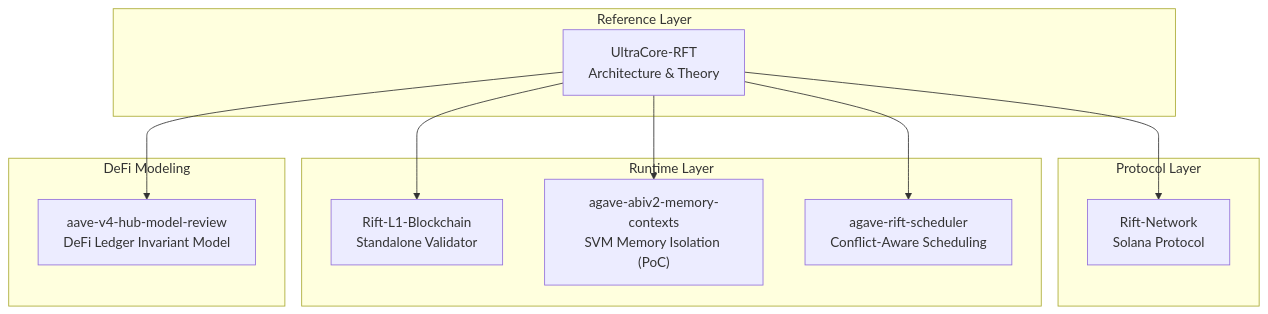
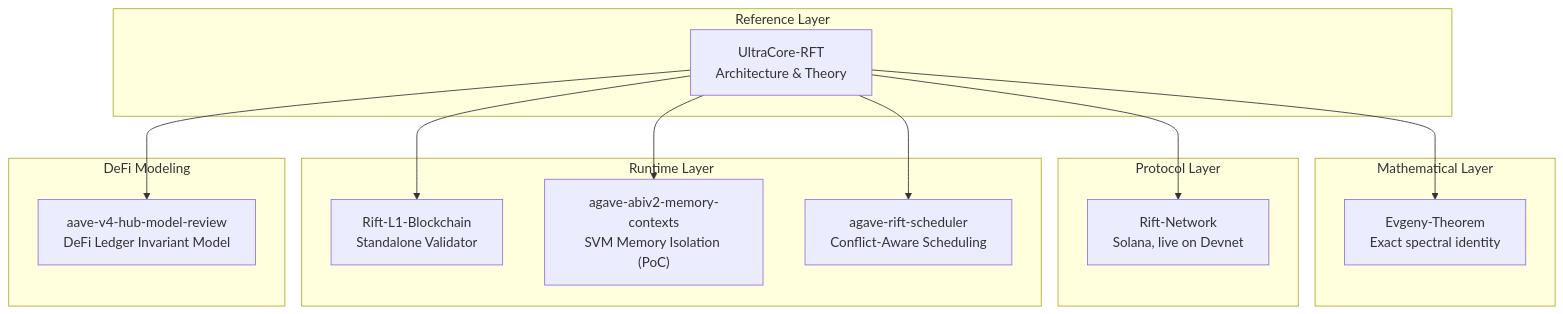
Before and after one commit to RFT-SIRM/UltraCore-RFT: the first of 3 diagrams in PITCH.md, drawn with Mermaid. The commit also changed other lines of this file, not shown here.

Commit message:
docs(pitch): rewrite around Evgeny's Theorem and live Rift-Network devnet; add claims register

````diff
--- a/PITCH.md
+++ b/PITCH.md
@@ -83,28 +238,33 @@
 ```mermaid
 flowchart TB
- subgraph L1["Protocol Layer"]
- RN["Rift-Network
-Solana Protocol"]
- end
- subgraph L2["Runtime Layer"]
- RL1["Rift-L1-Blockchain
+  subgraph M["Mathematical Layer"]
+    ET["Evgeny-Theorem
+Exact spectral identity"]
+  end
+  subgraph L1["Protocol Layer"]
+    RN["Rift-Network
+Solana, live on Devnet"]
+  end
+  subgraph L2["Runtime Layer"]
+    RL1["Rift-L1-Blockchain
 Standalone Validator"]
- MEM["agave-abiv2-memory-contexts
+    MEM["agave-abiv2-memory-contexts
 SVM Memory Isolation (PoC)"]
- SCHED["agave-rift-scheduler
+    SCHED["agave-rift-scheduler
 Conflict-Aware Scheduling"]
- end
- subgraph L3["Reference Layer"]
- UC["UltraCore-RFT
+  end
+  subgraph L3["Reference Layer"]
+    UC["UltraCore-RFT
 Architecture & Theory"]
- end
- subgraph L4["DeFi Modeling"]
- AAVE["aave-v4-hub-model-review
+  end
+  subgraph L4["DeFi Modeling"]
+    AAVE["aave-v4-hub-model-review
 DeFi Ledger Invariant Model"]
- end
- UC --> RN
- UC --> RL1
- UC --> MEM
- UC --> SCHED
- UC --> AAVE
+  end
+  UC --> ET
+  UC --> RN
+  UC --> RL1
+  UC --> MEM
+  UC --> SCHED
+  UC --> AAVE
 ```
````
